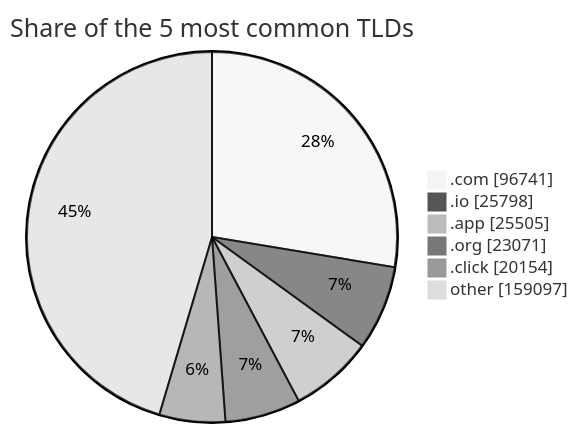
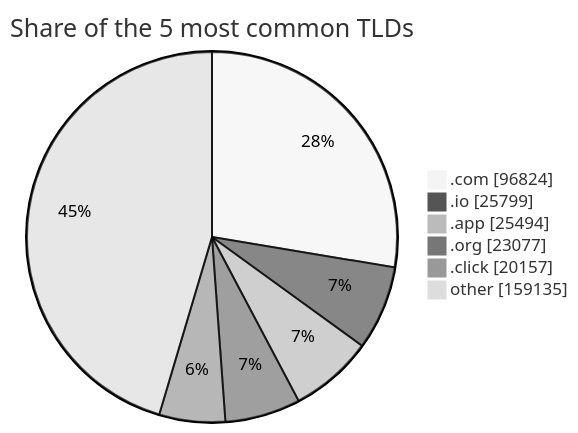
The third of 3 diagrams in README.md (DNSBunker/CTI), drawn with Mermaid (neutral theme) before and after one commit. The commit also changed other lines of this file and 3 other files, not shown here.

````diff
--- a/README.md
+++ b/README.md
@@ -81,9 +81,9 @@
 ```mermaid
 pie showData title Share of the 5 most common TLDs
-    ".com" : 96741
-    ".io" : 25798
-    ".app" : 25505
-    ".org" : 23071
-    ".click" : 20154
-    "other" : 159097
+    ".com" : 96824
+    ".io" : 25799
+    ".app" : 25494
+    ".org" : 23077
+    ".click" : 20157
+    "other" : 159135
 ```
````
